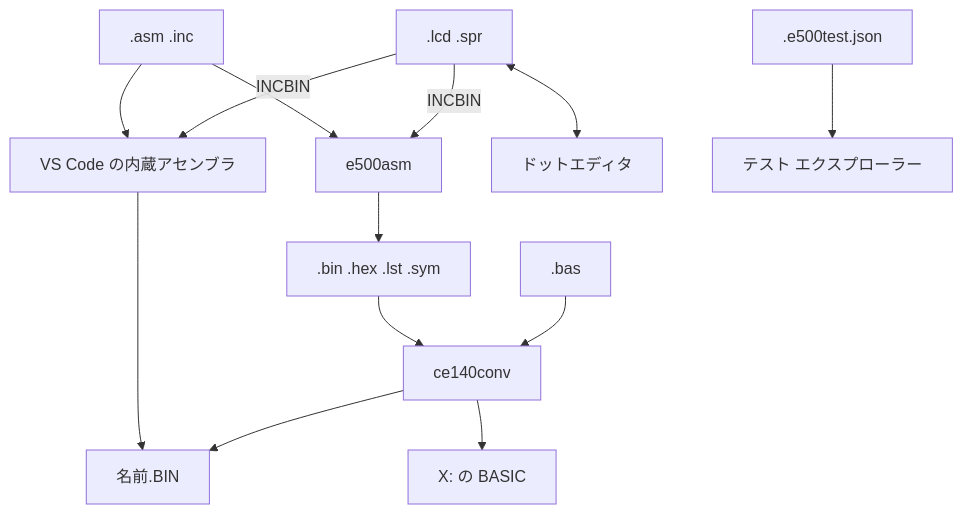
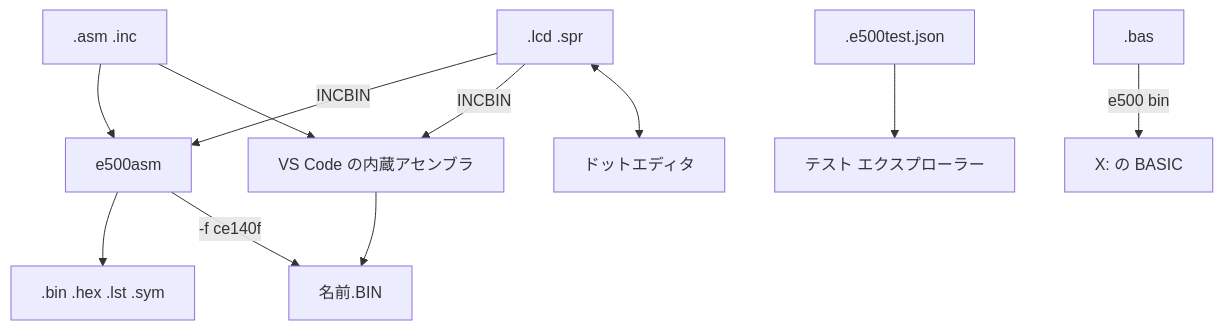
Before and after one commit to litchi-gh/pc-e500_tools: the diagram in docs/manual/19_FILE_FORMATS.md, drawn with Mermaid. The commit also changed other lines of this file and 60 other files, not shown here.

````diff
--- a/docs/manual/19_FILE_FORMATS.md
+++ b/docs/manual/19_FILE_FORMATS.md
@@ -213,14 +212,13 @@
 ```mermaid
 flowchart TD
   ASM[".asm .inc"] --> E["e500asm"]
   ASM --> V["VS Code の内蔵アセンブラ"]
   LCD[".lcd .spr"] -- INCBIN --> E
   LCD -- INCBIN --> V
   LCD <--> D["ドットエディタ"]
   E --> BIN[".bin .hex .lst .sym"]
   V --> LM["名前.BIN"]
-  BIN --> C["ce140conv"] --> LM
+  E -- "-f ce140f" --> LM
   T[".e500test.json"] --> TE["テスト エクスプローラー"]
-  BAS[".bas"] --> C
-  C --> XB["X: の BASIC"]
+  BAS[".bas"] -- "e500 bin" --> XB["X: の BASIC"]
 ```
````
